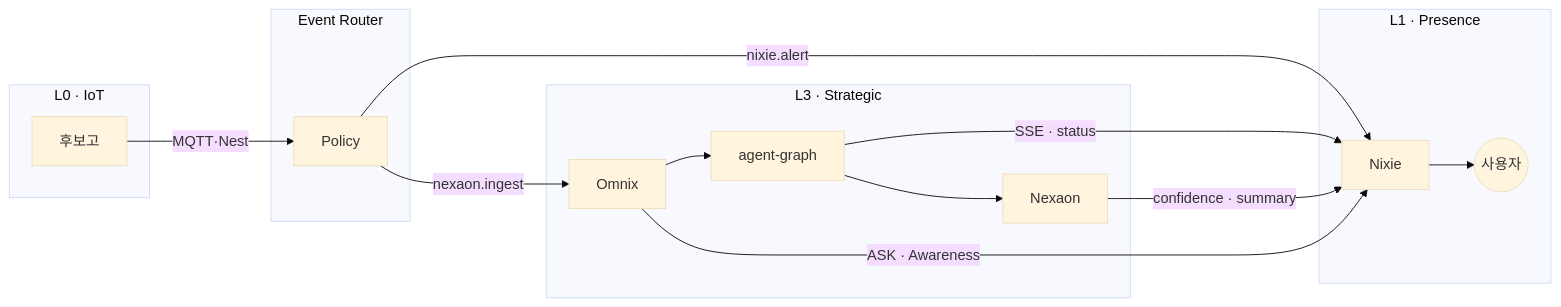
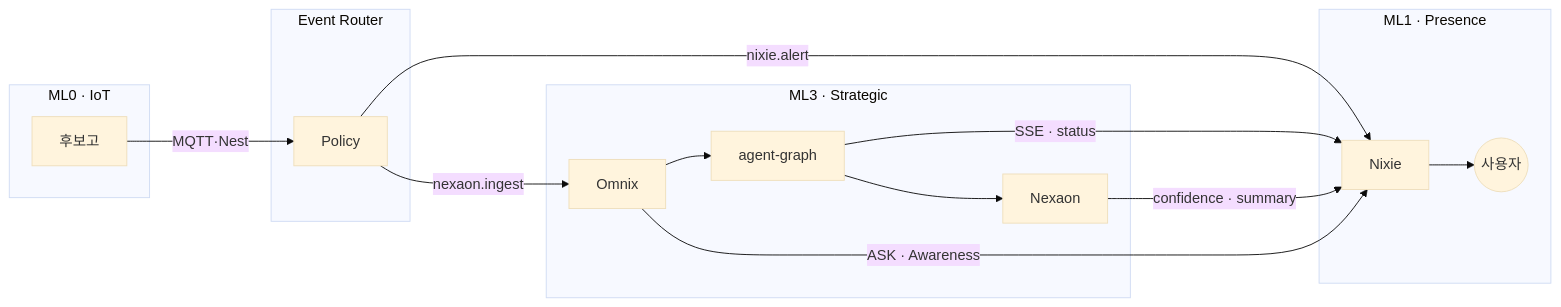
The third of 5 diagrams in NEXA V2.0/NEXA_V2.0/08_TDD/NEXIA/08_TDD_NEXIA_에이전틱AI파이프라인_7탭플랫폼연계_v1.0.md (U2SOUTION/NEXA), drawn with Mermaid (base theme) before and after one commit. The commit also changed other lines of this file and 55 other files, not shown here.

````diff
--- a/NEXA V2.0/NEXA_V2.0/08_TDD/NEXIA/08_TDD_NEXIA_에이전틱AI파이프라인_7탭플랫폼연계_v1.0.md
+++ b/NEXA V2.0/NEXA_V2.0/08_TDD/NEXIA/08_TDD_NEXIA_에이전틱AI파이프라인_7탭플랫폼연계_v1.0.md
@@ -528,26 +528,26 @@
 ```mermaid
 flowchart LR
-  subgraph edge [L0 · IoT]
+  subgraph edge [ML0 · IoT]
     CR[후보고]
   end
   subgraph router [Event Router]
     ERP[Policy]
     CR -->|MQTT·Nest| ERP
   end
-  subgraph L3 [L3 · Strategic]
+  subgraph ML3 [ML3 · Strategic]
     OM[Omnix]
     AG[agent-graph]
     NX[Nexaon]
     ERP -->|nexaon.ingest| OM
     OM --> AG --> NX
   end
-  subgraph L1 [L1 · Presence]
+  subgraph ML1 [ML1 · Presence]
     NI[Nixie]
     USER((사용자))
     ERP -->|nixie.alert| NI
     AG -->|SSE · status| NI
     NX -->|confidence · summary| NI
     OM -->|ASK · Awareness| NI
     NI --> USER
   end
 ```
````
